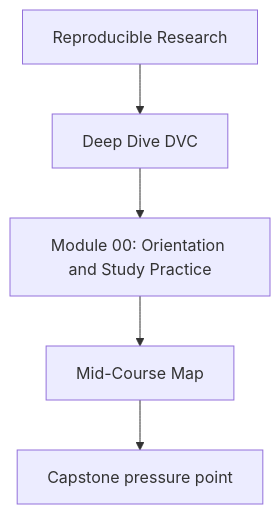
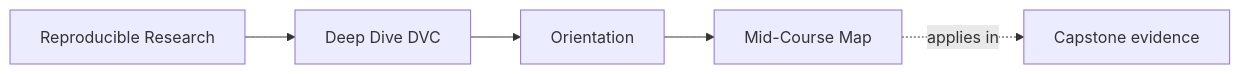
The first of 2 diagrams in programs/reproducible-research/deep-dive-dvc/course-book/module-00-orientation/mid-course-map.md (bijux/bijux-masterclass), drawn with Mermaid before and after one commit. The commit also changed other lines of this file and 55 other files, not shown here.

Commit message:
docs(deep-dive-dvc): map reproducibility and pipeline foundations

````diff
--- a/programs/reproducible-research/deep-dive-dvc/course-book/module-00-orientation/mid-course-map.md
+++ b/programs/reproducible-research/deep-dive-dvc/course-book/module-00-orientation/mid-course-map.md
@@ -6,7 +6,11 @@
 ```mermaid
-flowchart TD
-  family["Reproducible Research"] --> program["Deep Dive DVC"]
-  program --> module["Module 00: Orientation and Study Practice"]
-  module --> concept["Mid-Course Map"]
-  concept --> capstone["Capstone pressure point"]
+graph LR
+  family["Reproducible Research"]
+  program["Deep Dive DVC"]
+  section["Orientation"]
+  page["Mid-Course Map"]
+  capstone["Capstone evidence"]
+
+  family --> program --> section --> page
+  page -.applies in.-> capstone
 ```
````
